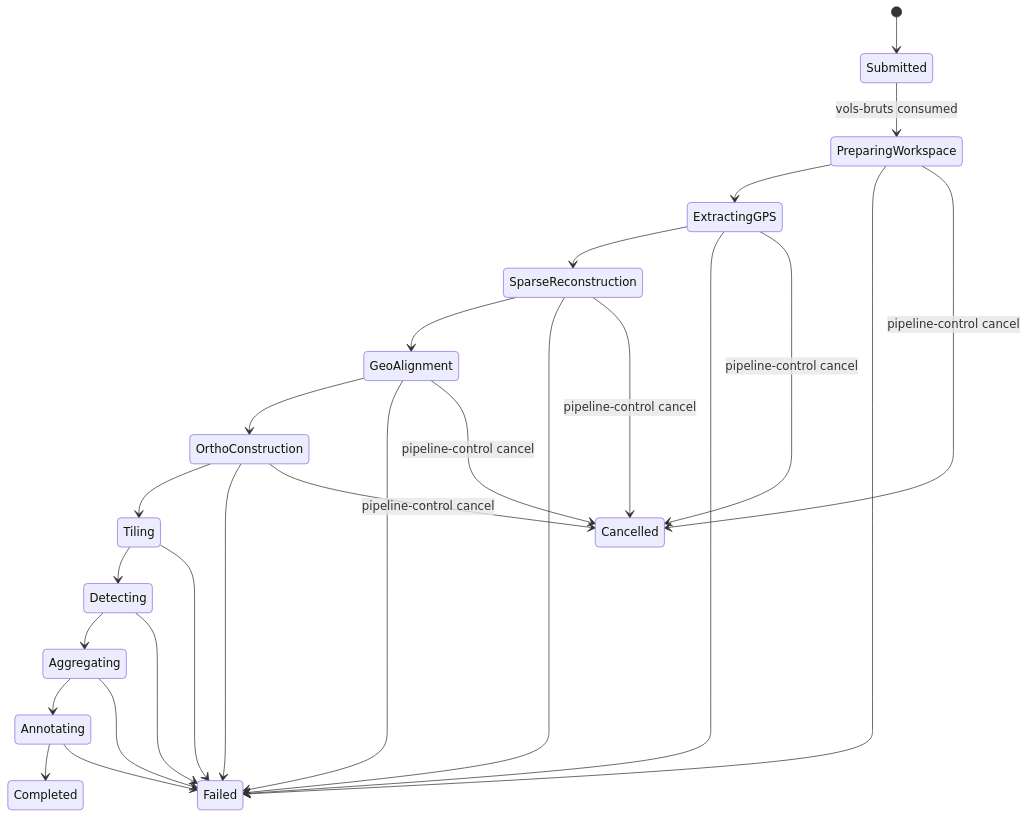
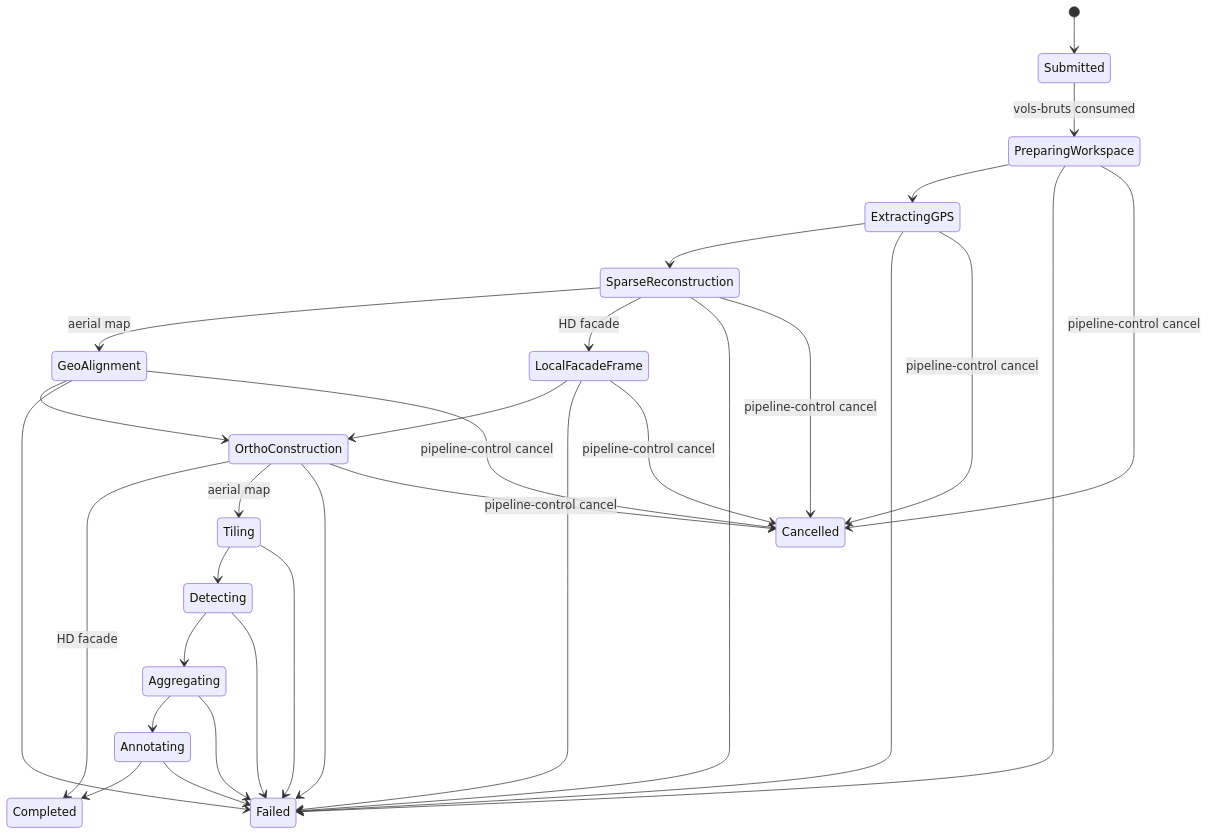
One commit to olivelb/DroneAI changed the second of 7 diagrams in DOCUMENTATION.md. Above: the diagram before and after it, drawn with Mermaid. The commit also changed other lines of this file and 90 other files, not shown here.

````diff
--- a/DOCUMENTATION.md
+++ b/DOCUMENTATION.md
@@ -828,30 +870,35 @@
 ```mermaid
 stateDiagram-v2
     [*] --> Submitted
     Submitted --> PreparingWorkspace: vols-bruts consumed
     PreparingWorkspace --> ExtractingGPS
     ExtractingGPS --> SparseReconstruction
-    SparseReconstruction --> GeoAlignment
+    SparseReconstruction --> GeoAlignment: aerial map
+    SparseReconstruction --> LocalFacadeFrame: HD facade
     GeoAlignment --> OrthoConstruction
-    OrthoConstruction --> Tiling
+    LocalFacadeFrame --> OrthoConstruction
+    OrthoConstruction --> Completed: HD facade
+    OrthoConstruction --> Tiling: aerial map
     Tiling --> Detecting
     Detecting --> Aggregating
     Aggregating --> Annotating
     Annotating --> Completed
 
     PreparingWorkspace --> Failed
     ExtractingGPS --> Failed
     SparseReconstruction --> Failed
     GeoAlignment --> Failed
+    LocalFacadeFrame --> Failed
     OrthoConstruction --> Failed
     Tiling --> Failed
     Detecting --> Failed
     Aggregating --> Failed
     Annotating --> Failed
 
     PreparingWorkspace --> Cancelled: pipeline-control cancel
     ExtractingGPS --> Cancelled: pipeline-control cancel
     SparseReconstruction --> Cancelled: pipeline-control cancel
     GeoAlignment --> Cancelled: pipeline-control cancel
+    LocalFacadeFrame --> Cancelled: pipeline-control cancel
     OrthoConstruction --> Cancelled: pipeline-control cancel
 ```
````
